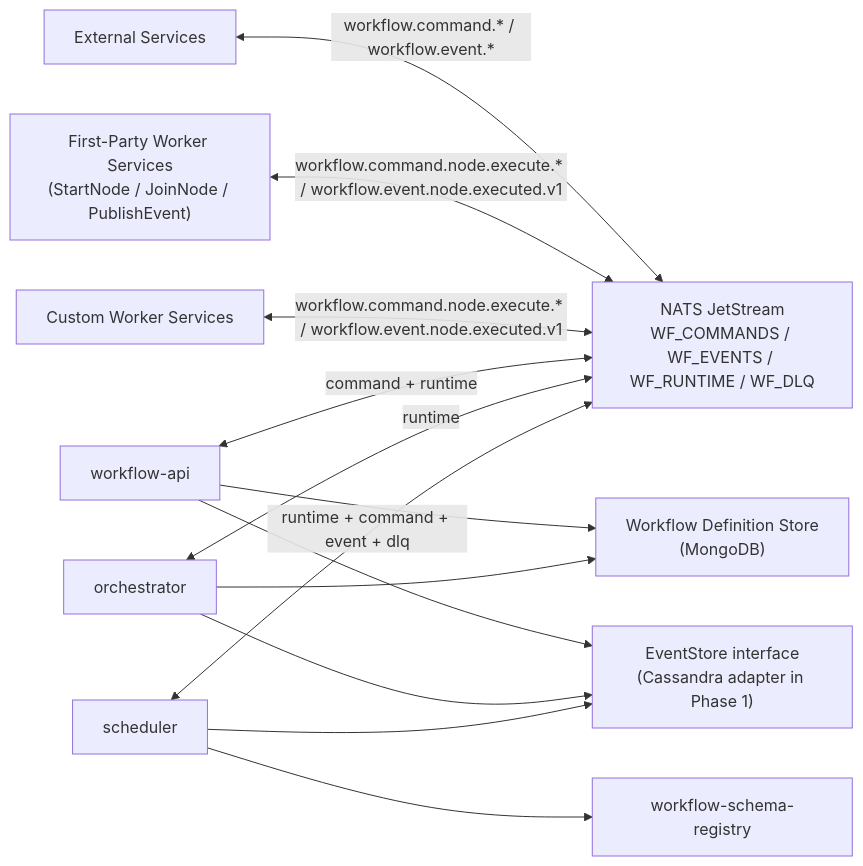
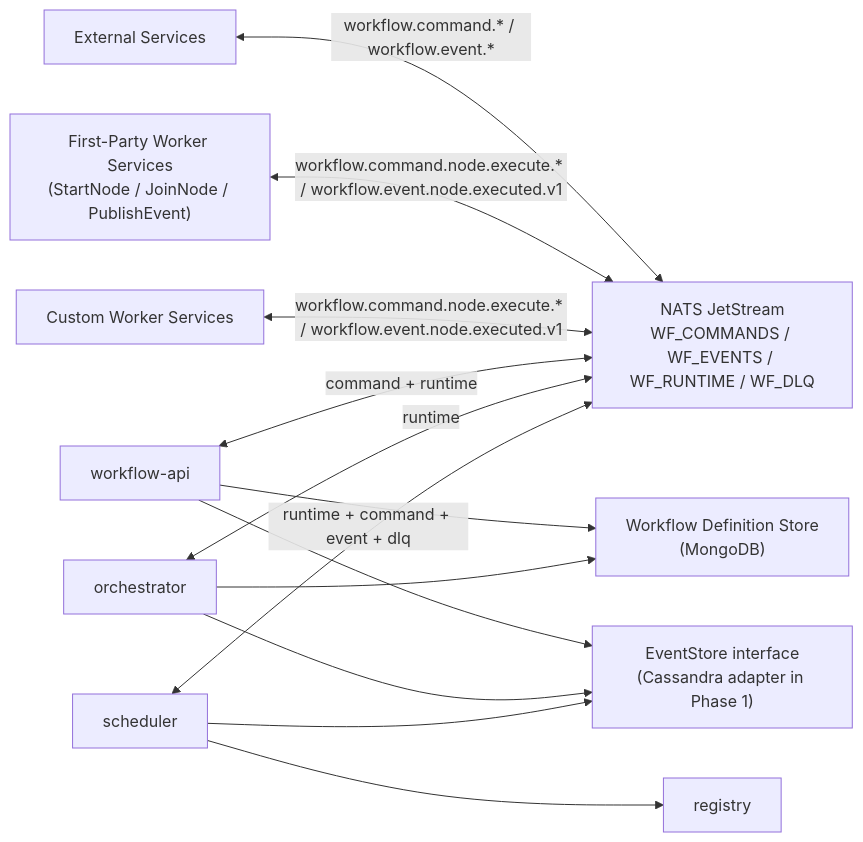
One commit to hao0731/workflow changed the first of 5 diagrams in docs/new-technical-design.md. Above: the diagram before and after it, drawn with Mermaid. The commit also changed other lines of this file and 5 other files, not shown here.

````diff
--- a/docs/new-technical-design.md
+++ b/docs/new-technical-design.md
@@ -48,26 +48,26 @@
 ```mermaid
 flowchart LR
   EXT["External Services"]
   FPW["First-Party Worker Services\n(StartNode / JoinNode / PublishEvent)"]
   CWW["Custom Worker Services"]
   NATS["NATS JetStream\nWF_COMMANDS / WF_EVENTS / WF_RUNTIME / WF_DLQ"]
   API["workflow-api"]
   ORC["orchestrator"]
   SCH["scheduler"]
-  REG["workflow-schema-registry"]
+  REG["registry"]
   WDEF["Workflow Definition Store\n(MongoDB)"]
   ES["EventStore interface\n(Cassandra adapter in Phase 1)"]
 
   EXT <-->|workflow.command.* / workflow.event.*| NATS
   FPW <-->|workflow.command.node.execute.* / workflow.event.node.executed.v1| NATS
   CWW <-->|workflow.command.node.execute.* / workflow.event.node.executed.v1| NATS
   API <-->|command + runtime| NATS
   ORC <-->|runtime| NATS
   SCH <-->|runtime + command + event + dlq| NATS
   SCH --> REG
   API --> WDEF
   ORC --> WDEF
   API --> ES
   ORC --> ES
   SCH --> ES
 ```
````
